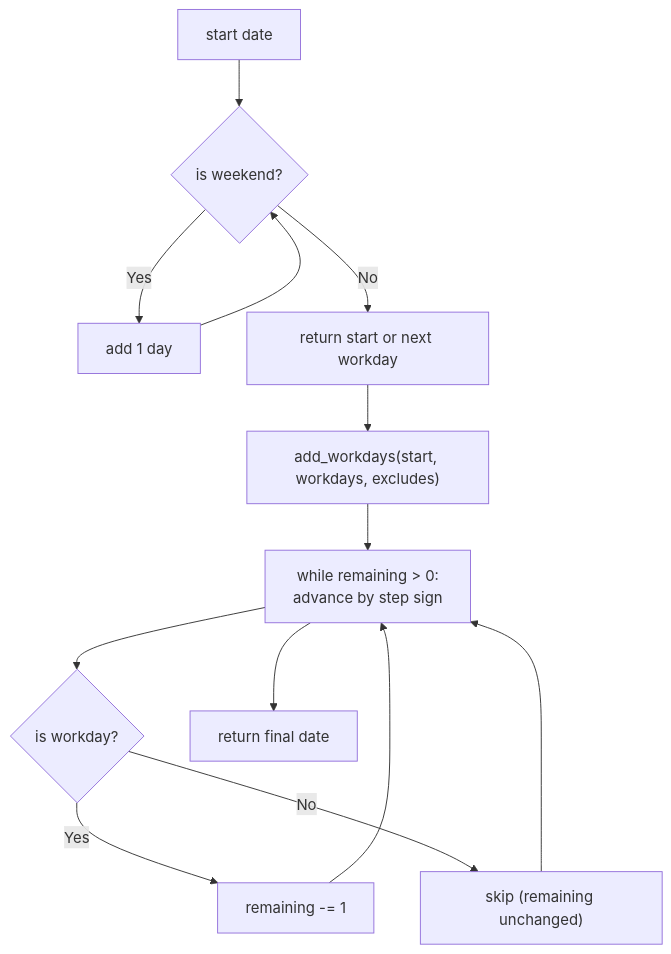
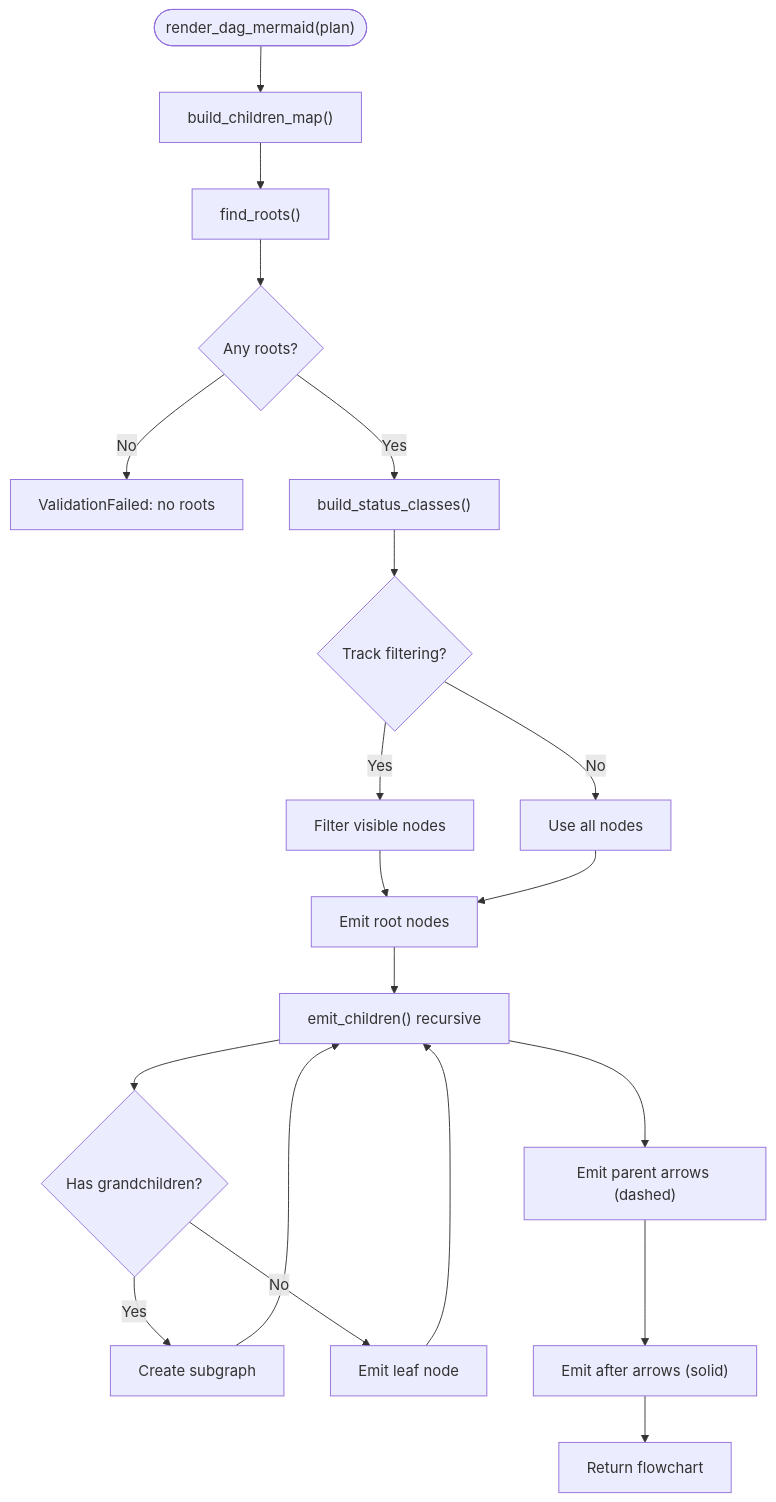
The fifth of 6 diagrams in .qoder/repowiki/en/content/Tooling and Utilities/Rendering Engine.md (asukhodko/opskarta), drawn with Mermaid before and after one commit. The commit also changed other lines of this file and 6 other files, not shown here.

First line of the commit message:
feat(renderer): replace mermaid_gantt with plan2gantt and plan2dag modules

````diff
--- a/.qoder/repowiki/en/content/Tooling and Utilities/Rendering Engine.md
+++ b/.qoder/repowiki/en/content/Tooling and Utilities/Rendering Engine.md
@@ -276,14 +275,22 @@
 ```mermaid
 flowchart TD
-D0["start date"] --> WDCheck{"is weekend?"}
-WDCheck --> |Yes| Inc1["add 1 day"] --> WDCheck
-WDCheck --> |No| DoneNext["return start or next workday"]
-DoneNext --> AddWD["add_workdays(start, workdays, excludes)"]
-AddWD --> Step["while remaining > 0:<br/>advance by step sign"]
-Step --> IsWD{"is workday?"}
-IsWD --> |Yes| Dec["remaining -= 1"]
-IsWD --> |No| Skip["skip (remaining unchanged)"]
-Skip --> Step
-Dec --> Step
-Step --> DoneWD["return final date"]
+Start(["render_dag_mermaid(plan)"]) --> BuildChildren["build_children_map()"]
+BuildChildren --> FindRoots["find_roots()"]
+FindRoots --> CheckRoots{"Any roots?"}
+CheckRoots --> |No| RaiseError["ValidationFailed: no roots"]
+CheckRoots --> |Yes| BuildStatus["build_status_classes()"]
+BuildStatus --> CheckTracks{"Track filtering?"}
+CheckTracks --> |Yes| FilterVisible["Filter visible nodes"]
+CheckTracks --> |No| AllNodes["Use all nodes"]
+FilterVisible --> EmitRoots["Emit root nodes"]
+AllNodes --> EmitRoots
+EmitRoots --> EmitChildren["emit_children() recursive"]
+EmitChildren --> CheckGrandchildren{"Has grandchildren?"}
+CheckGrandchildren --> |Yes| CreateSubgraph["Create subgraph"]
+CheckGrandchildren --> |No| EmitLeaf["Emit leaf node"]
+CreateSubgraph --> EmitChildren
+EmitLeaf --> EmitChildren
+EmitChildren --> EmitParents["Emit parent arrows (dashed)"]
+EmitParents --> EmitAfter["Emit after arrows (solid)"]
+EmitAfter --> Done["Return flowchart"]
 ```
````
